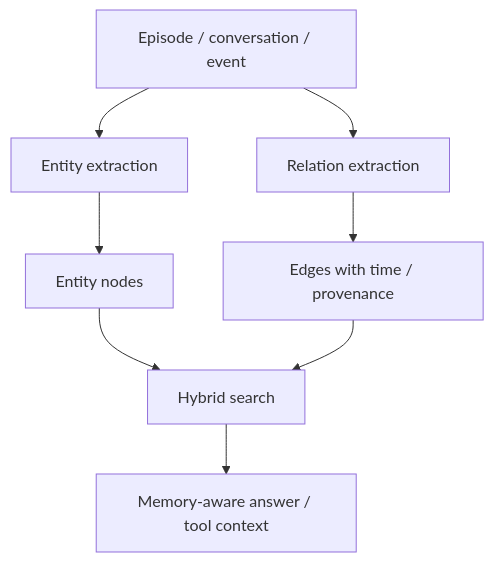
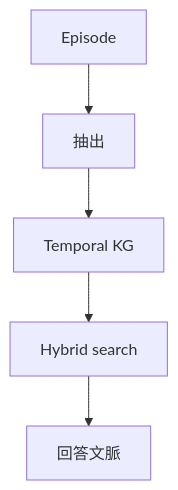
The second of 5 diagrams in src/content/blog/graphiti-mcp-memory.mdx (daylight55/research), drawn with Mermaid before and after one commit. The commit also changed other lines of this file and 20 other files, not shown here.

Commit message:
Mermaid図の表示サイズを調整

````diff
--- a/src/content/blog/graphiti-mcp-memory.mdx
+++ b/src/content/blog/graphiti-mcp-memory.mdx
@@ -56,10 +56,7 @@
 ```mermaid
 flowchart TD
-  E["Episode / conversation / event"] --> X["Entity extraction"]
-  E --> R["Relation extraction"]
-  X --> N["Entity nodes"]
-  R --> Ed["Edges with time / provenance"]
-  N --> H["Hybrid search"]
-  Ed --> H
-  H --> Ans["Memory-aware answer / tool context"]
+  E["Episode"] --> X["抽出"]
+  X --> G["Temporal KG"]
+  G --> H["Hybrid search"]
+  H --> Ans["回答文脈"]
 ```
````
